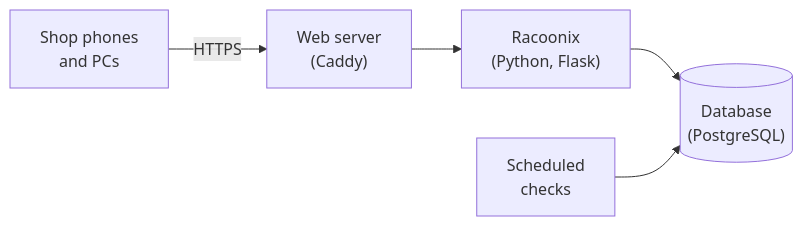
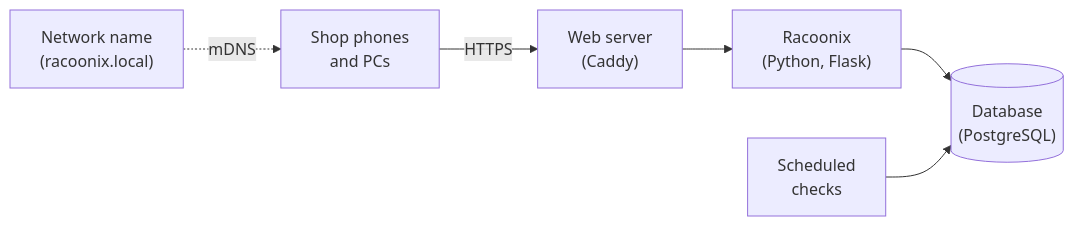
One commit to JustCromo/Racoonix changed the diagram in README.en.md. Above: the diagram before and after it, drawn with Mermaid. The commit also changed other lines of this file and 1 other file, not shown here.

````diff
--- a/README.en.md
+++ b/README.en.md
@@ -171,7 +176,8 @@
 ```mermaid
 flowchart LR
     T["Shop phones<br/>and PCs"] -- HTTPS --> C["Web server<br/>(Caddy)"]
     C --> A["Racoonix<br/>(Python, Flask)"]
     A --> D[("Database<br/>(PostgreSQL)")]
     S["Scheduled<br/>checks"] --> D
+    N["Network name<br/>(racoonix.local)"] -. mDNS .-> T
 ```
````
